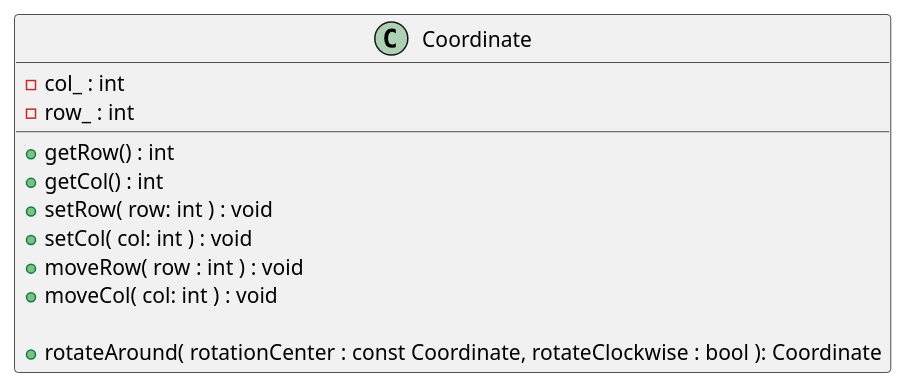
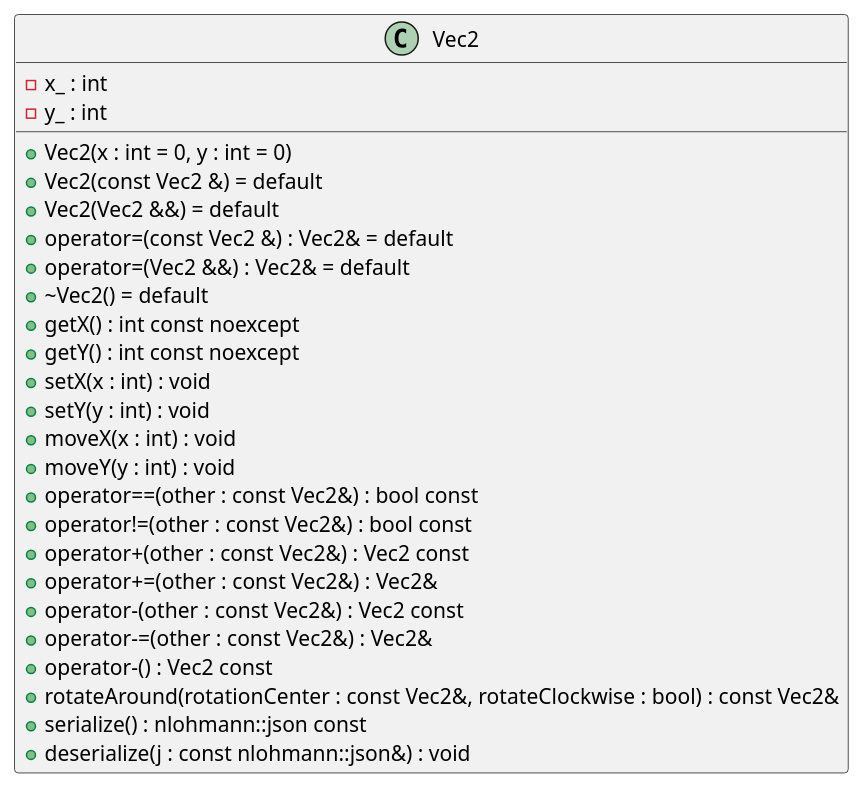
One commit to ulb-info2-group5/Royal-Blocks changed the diagram in SRD-DOC/uml/class/game/CoordinateClass.plantuml. Above: the diagram before and after it, drawn with PlantUML. The commit also changed 2 other files, not shown here.

Commit message:
Modified Coordinate Class diagram to match actual implementation + added class diagrams for TetrisObserver and TetrominoQueue

```diff
--- a/SRD-DOC/uml/class/game/CoordinateClass.plantuml
+++ b/SRD-DOC/uml/class/game/CoordinateClass.plantuml
@@ -1,18 +1,29 @@
 @startuml (id=Coordinate)
-
-class Coordinate {
-    - col_ : int
-    - row_ : int
-
-    + getRow() : int
-    + getCol() : int
-    + setRow( row: int ) : void
-    + setCol( col: int ) : void
-    + moveRow( row : int ) : void
-    + moveCol( col: int ) : void
-
-    + rotateAround( rotationCenter : const Coordinate, rotateClockwise : bool ): Coordinate
-
+class Vec2 {
+    - x_ : int
+    - y_ : int
+   
+    + Vec2(x : int = 0, y : int = 0)
+    + Vec2(const Vec2 &) = default
+    + Vec2(Vec2 &&) = default
+    + operator=(const Vec2 &) : Vec2& = default
+    + operator=(Vec2 &&) : Vec2& = default
+    + ~Vec2() = default
+    + getX() : int const noexcept
+    + getY() : int const noexcept
+    + setX(x : int) : void
+    + setY(y : int) : void
+    + moveX(x : int) : void
+    + moveY(y : int) : void
+    + operator==(other : const Vec2&) : bool const
+    + operator!=(other : const Vec2&) : bool const
+    + operator+(other : const Vec2&) : Vec2 const
+    + operator+=(other : const Vec2&) : Vec2&
+    + operator-(other : const Vec2&) : Vec2 const
+    + operator-=(other : const Vec2&) : Vec2&
+    + operator-() : Vec2 const
+    + rotateAround(rotationCenter : const Vec2&, rotateClockwise : bool) : const Vec2&
+    + serialize() : nlohmann::json const
+    + deserialize(j : const nlohmann::json&) : void
 }
-
-@endluml
+@enduml
```
